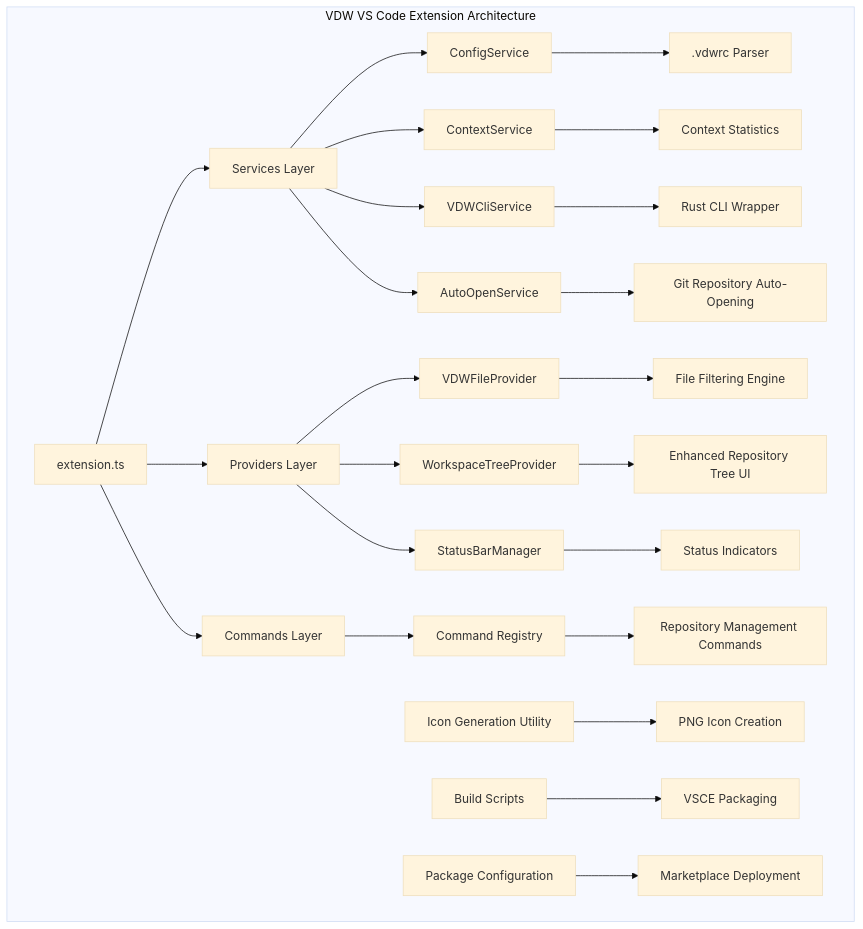
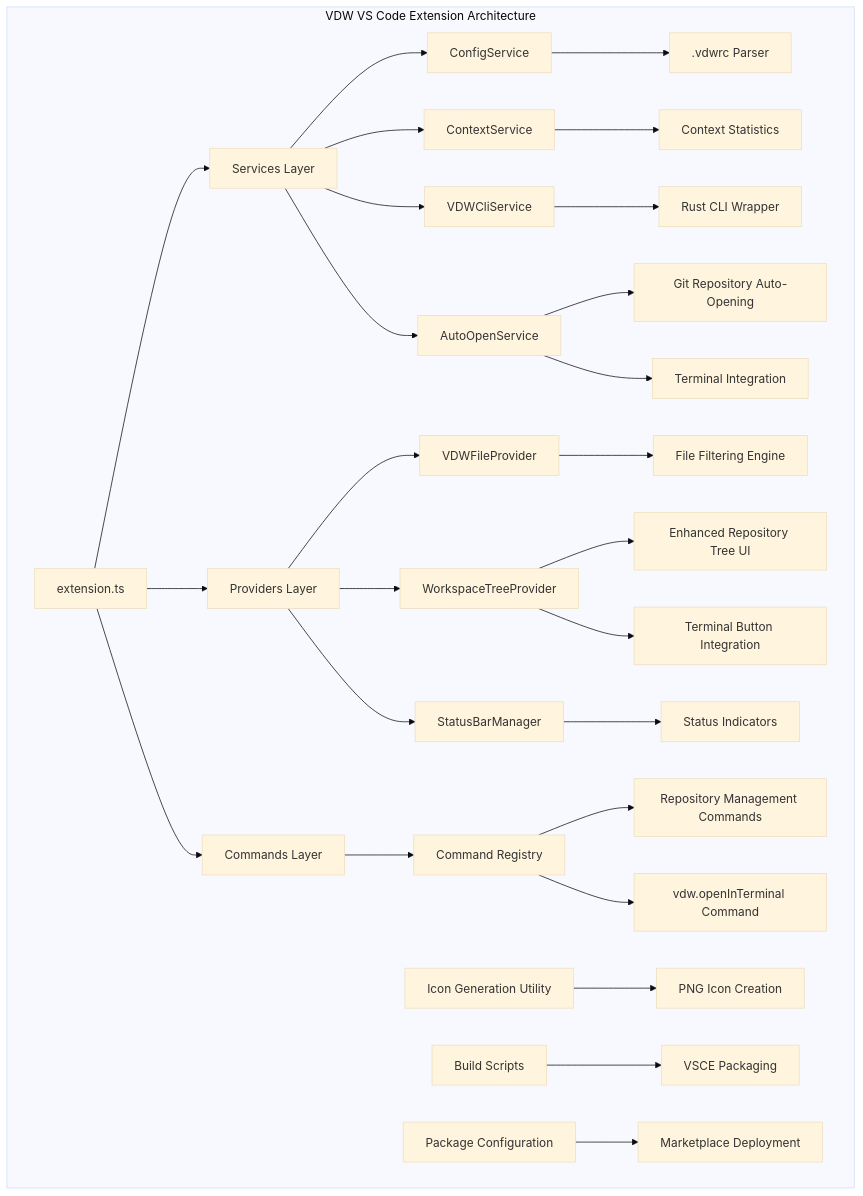
One commit to HWH-2019/vdw changed the first of 6 diagrams in .qoder/repowiki/en/content/Core Features Documentation/VS Code Plugin Bridge & IDE Integration.md. Above: the diagram before and after it, drawn with Mermaid (base theme). The commit also changed other lines of this file and 13 other files, not shown here.

````diff
--- a/.qoder/repowiki/en/content/Core Features Documentation/VS Code Plugin Bridge & IDE Integration.md
+++ b/.qoder/repowiki/en/content/Core Features Documentation/VS Code Plugin Bridge & IDE Integration.md
@@ -62,27 +62,30 @@
 ```mermaid
 graph TB
 subgraph "VDW VS Code Extension Architecture"
 A[extension.ts] --> B[Services Layer]
 A --> C[Providers Layer]
 A --> D[Commands Layer]
 B --> E[ConfigService]
 B --> F[ContextService]
 B --> G[VDWCliService]
 B --> H[AutoOpenService]
 C --> I[VDWFileProvider]
 C --> J[WorkspaceTreeProvider]
 C --> K[StatusBarManager]
 D --> L[Command Registry]
 E --> M[.vdwrc Parser]
 F --> N[Context Statistics]
 G --> O[Rust CLI Wrapper]
 H --> P[Git Repository Auto-Opening]
-I --> Q[File Filtering Engine]
-J --> R[Enhanced Repository Tree UI]
-K --> S[Status Indicators]
-L --> T[Repository Management Commands]
-U[Icon Generation Utility] --> V[PNG Icon Creation]
-W[Build Scripts] --> X[VSCE Packaging]
-Y[Package Configuration] --> Z[Marketplace Deployment]
+H --> Q[Terminal Integration]
+I --> R[File Filtering Engine]
+J --> S[Enhanced Repository Tree UI]
+J --> T[Terminal Button Integration]
+K --> U[Status Indicators]
+L --> V[Repository Management Commands]
+L --> W[vdw.openInTerminal Command]
+X[Icon Generation Utility] --> Y[PNG Icon Creation]
+Z[Build Scripts] --> AA[VSCE Packaging]
+AB[Package Configuration] --> AC[Marketplace Deployment]
 end
 ```
````
